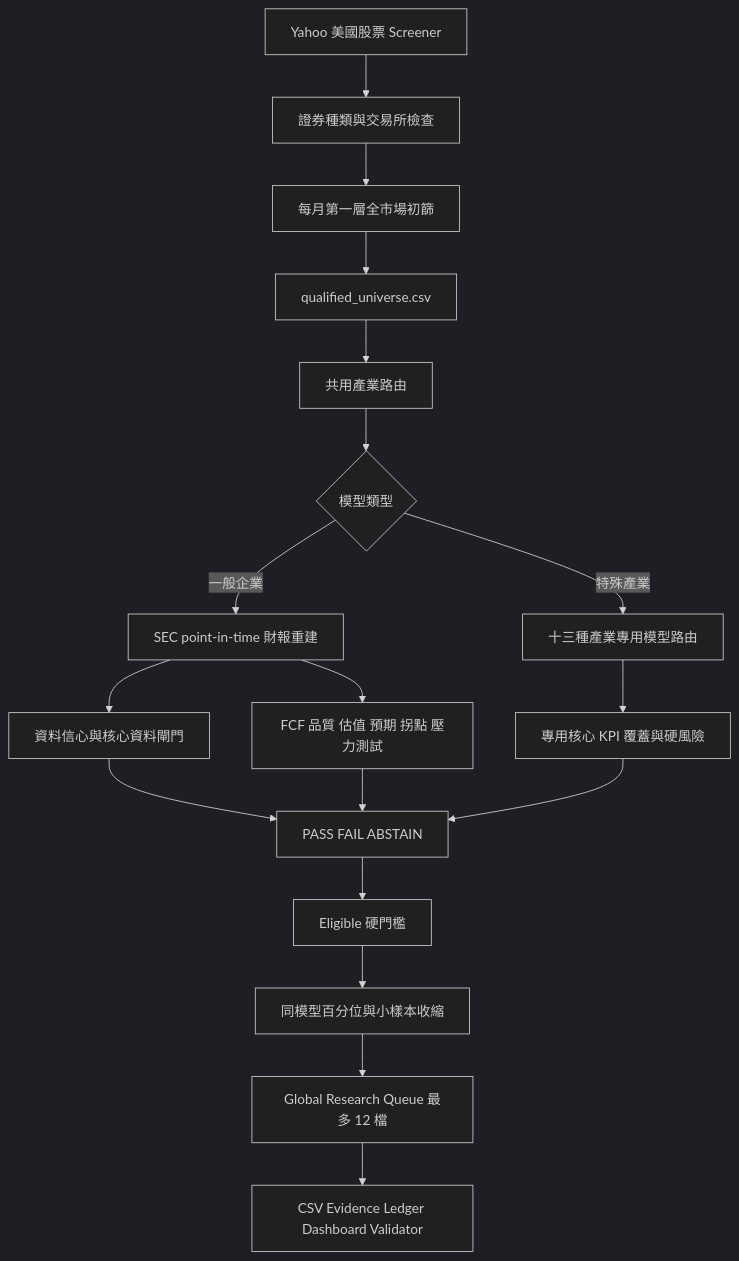
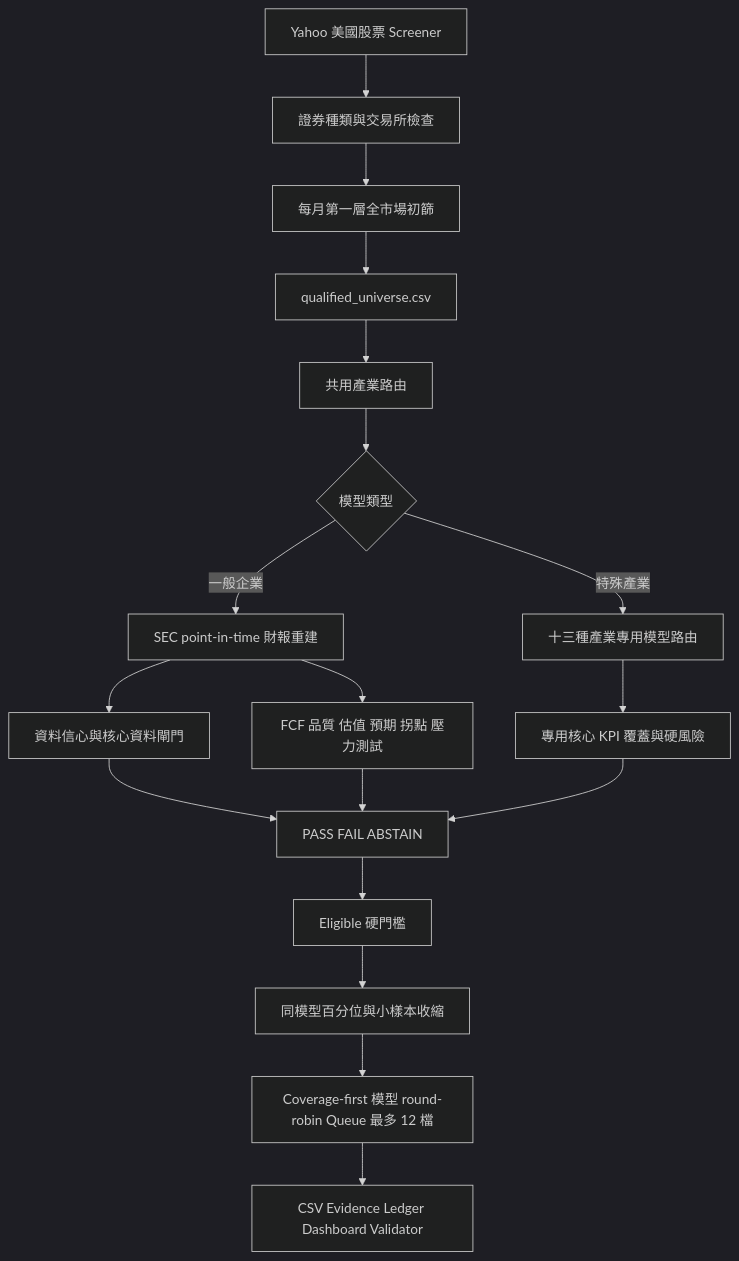
The diagram in CURRENT_STRATEGY_LOGIC_FOR_AI_REVIEW.md (e34102309-lab/dodoladodo), drawn with Mermaid (dark theme) before and after one commit. The commit also changed other lines of this file and 20 other files, not shown here.

````diff
--- a/CURRENT_STRATEGY_LOGIC_FOR_AI_REVIEW.md
+++ b/CURRENT_STRATEGY_LOGIC_FOR_AI_REVIEW.md
@@ -27,20 +27,20 @@
 ```mermaid
 flowchart TD
     A[Yahoo 美國股票 Screener] --> B[證券種類與交易所檢查]
     B --> C[每月第一層全市場初篩]
     C --> D[qualified_universe.csv]
     D --> E[共用產業路由]
     E --> F{模型類型}
     F -->|一般企業| G[SEC point-in-time 財報重建]
     F -->|特殊產業| H[十三種產業專用模型路由]
     G --> I[資料信心與核心資料閘門]
     G --> J[FCF 品質 估值 預期 拐點 壓力測試]
     H --> K[專用核心 KPI 覆蓋與硬風險]
     I --> L[PASS FAIL ABSTAIN]
     J --> L
     K --> L
     L --> M[Eligible 硬門檻]
     M --> N[同模型百分位與小樣本收縮]
-    N --> P[Global Research Queue 最多 12 檔]
+    N --> P[Coverage-first 模型 round-robin Queue 最多 12 檔]
     P --> O[CSV Evidence Ledger Dashboard Validator]
 ```
````
